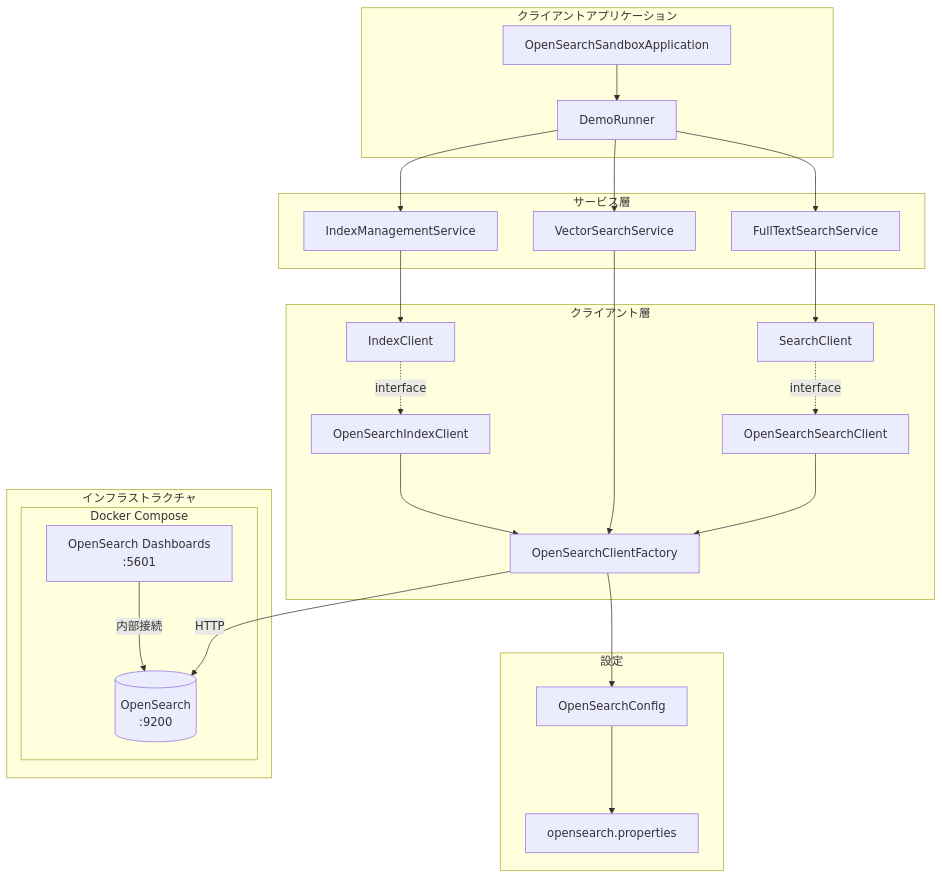
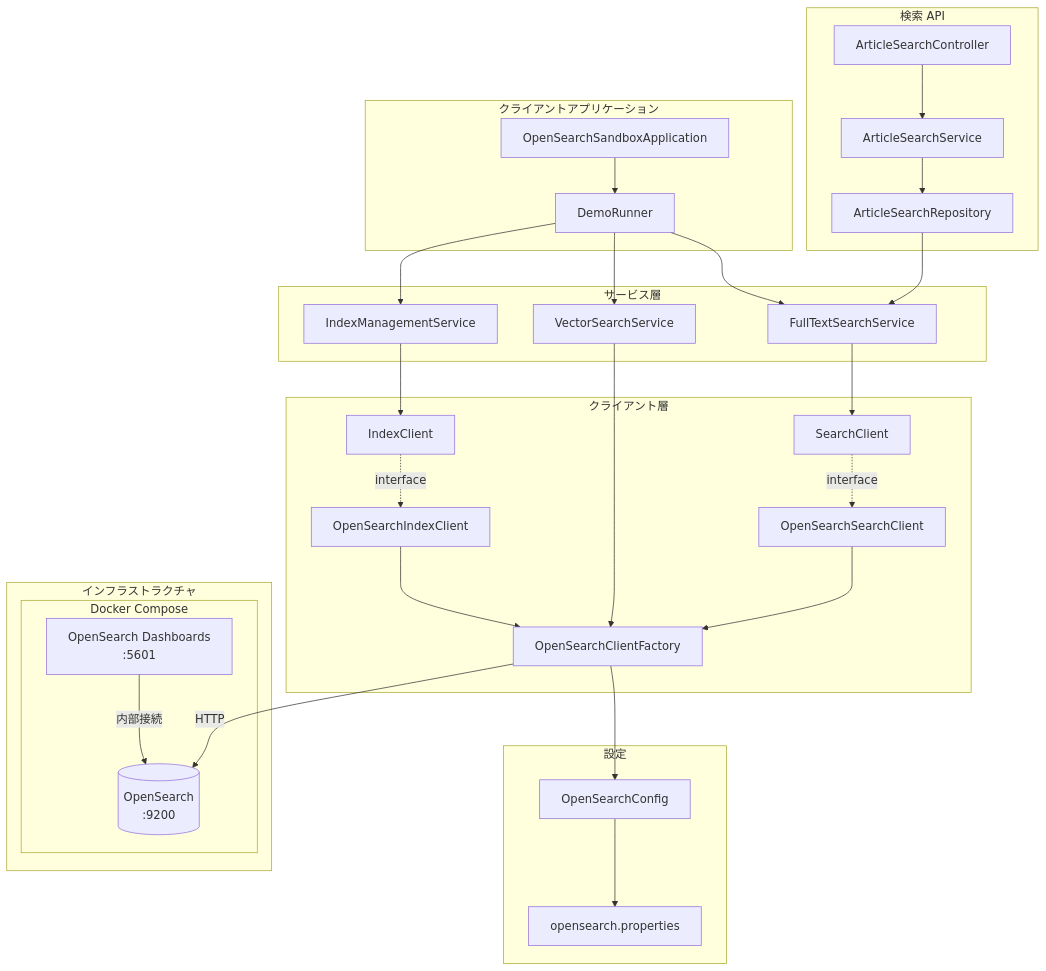
The first of 3 diagrams in docs/architecture.md (kimai07/opensearch-sandbox), drawn with Mermaid before and after one commit. The commit also changed 4 other files, not shown here.

````diff
--- a/docs/architecture.md
+++ b/docs/architecture.md
@@ -5,51 +5,61 @@
 ```mermaid
 flowchart TB
+    subgraph Api["検索 API"]
+        Controller[ArticleSearchController]
+        ApiService[ArticleSearchService]
+        Repository[ArticleSearchRepository]
+    end
+
     subgraph Client["クライアントアプリケーション"]
         App[OpenSearchSandboxApplication]
         Demo[DemoRunner]
     end
 
     subgraph Services["サービス層"]
         FTS[FullTextSearchService]
         VS[VectorSearchService]
         IMS[IndexManagementService]
     end
 
     subgraph ClientLayer["クライアント層"]
         Factory[OpenSearchClientFactory]
         SC[SearchClient]
         OSC[OpenSearchSearchClient]
         IC[IndexClient]
         OIC[OpenSearchIndexClient]
     end
 
     subgraph Config["設定"]
         Conf[OpenSearchConfig]
         Props[opensearch.properties]
     end
 
     subgraph Infrastructure["インフラストラクチャ"]
         subgraph Docker["Docker Compose"]
             OS[(OpenSearch<br/>:9200)]
             Dashboard[OpenSearch Dashboards<br/>:5601]
         end
     end
 
+    Controller --> ApiService
+    ApiService --> Repository
+    Repository --> FTS
+
     App --> Demo
     Demo --> FTS
     Demo --> VS
     Demo --> IMS
 
     FTS --> SC
     SC -.->|interface| OSC
     OSC --> Factory
     VS --> Factory
     IMS --> IC
     IC -.->|interface| OIC
     OIC --> Factory
 
     Factory --> Conf
     Conf --> Props
     Factory -->|HTTP| OS
     Dashboard -->|内部接続| OS
 ```
````
